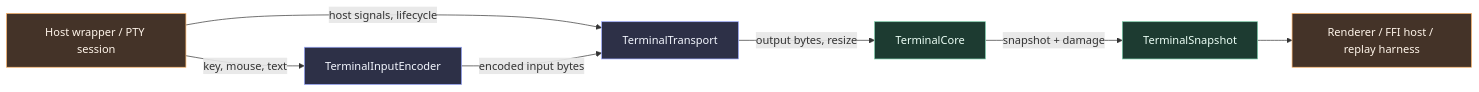
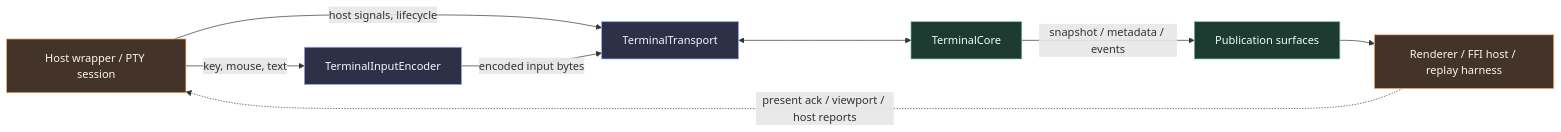
One commit to LaurenceGuws/Zide changed the fourth of 8 diagrams in app_architecture/terminal/VT_CORE_DESIGN.md. Above: the diagram before and after it, drawn with Mermaid. The commit also changed other lines of this file and 3 other files, not shown here.

Commit message:
Polish terminal architecture authority docs

````diff
--- a/app_architecture/terminal/VT_CORE_DESIGN.md
+++ b/app_architecture/terminal/VT_CORE_DESIGN.md
@@ -217,20 +183,21 @@
 ```mermaid
 flowchart LR
     Host["Host wrapper / PTY session"] -- host signals, lifecycle --> Transport["TerminalTransport"]
     Host -- key, mouse, text --> Encoder["TerminalInputEncoder"]
     Encoder -- encoded input bytes --> Transport
-    Transport -- output bytes, resize --> Core["TerminalCore"]
-    Core -- snapshot + damage --> Snapshot["TerminalSnapshot"]
+    Transport <--> Core["TerminalCore"]
+    Core -- snapshot / metadata / events --> Snapshot["Publication surfaces"]
     Snapshot --> Consumer["Renderer / FFI host / replay harness"]
+    Consumer -. present ack / viewport / host reports .-> Host
 
     Host:::host
     Transport:::boundary
     Encoder:::boundary
     Core:::core
     Snapshot:::core
     Consumer:::host
 
     classDef core fill:#1d3b31,stroke:#79c9a7,color:#ecfff6;
     classDef boundary fill:#2d3047,stroke:#99a8ff,color:#f4f7ff;
     classDef host fill:#443328,stroke:#ffb56b,color:#fff5ea;
 ```
````
